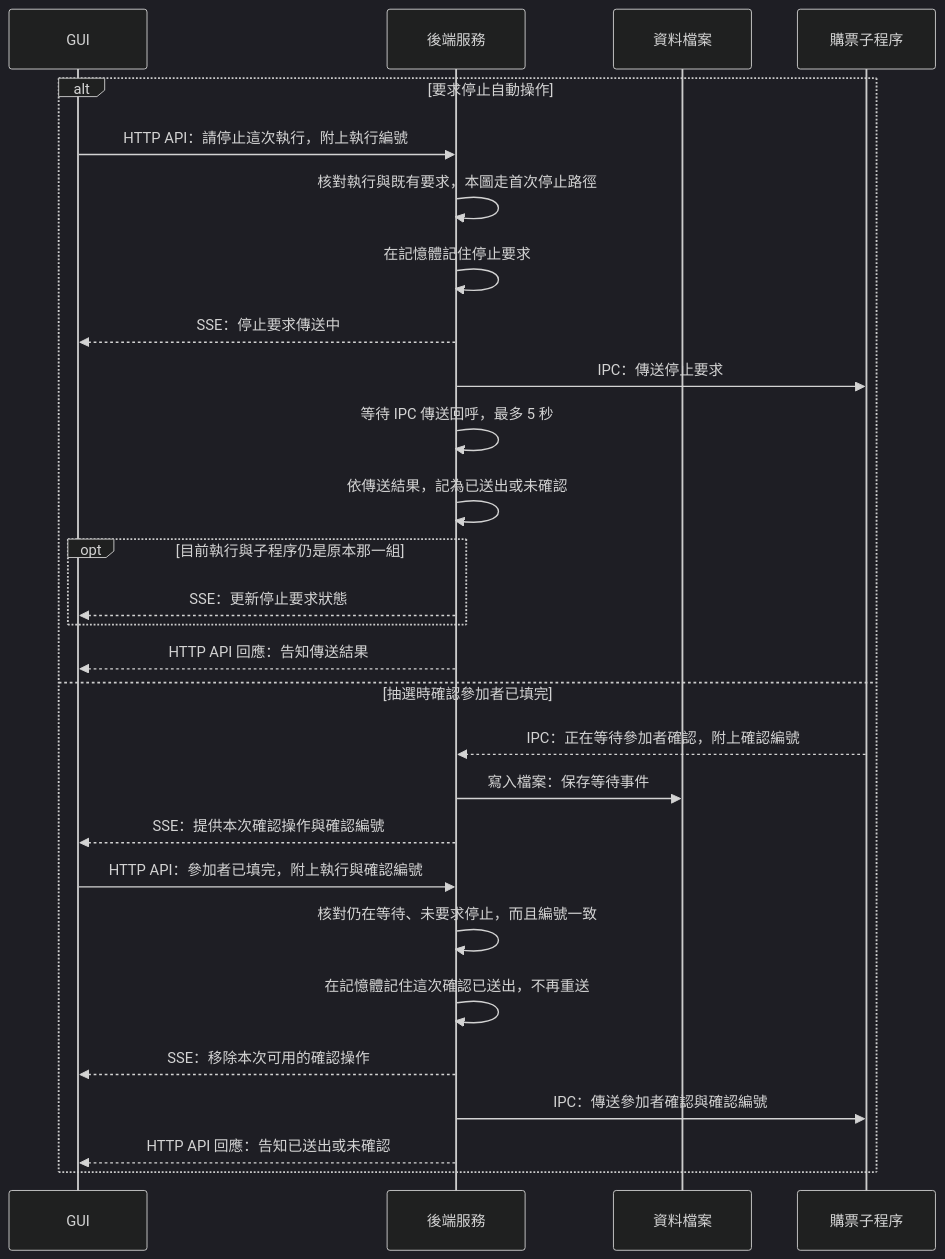
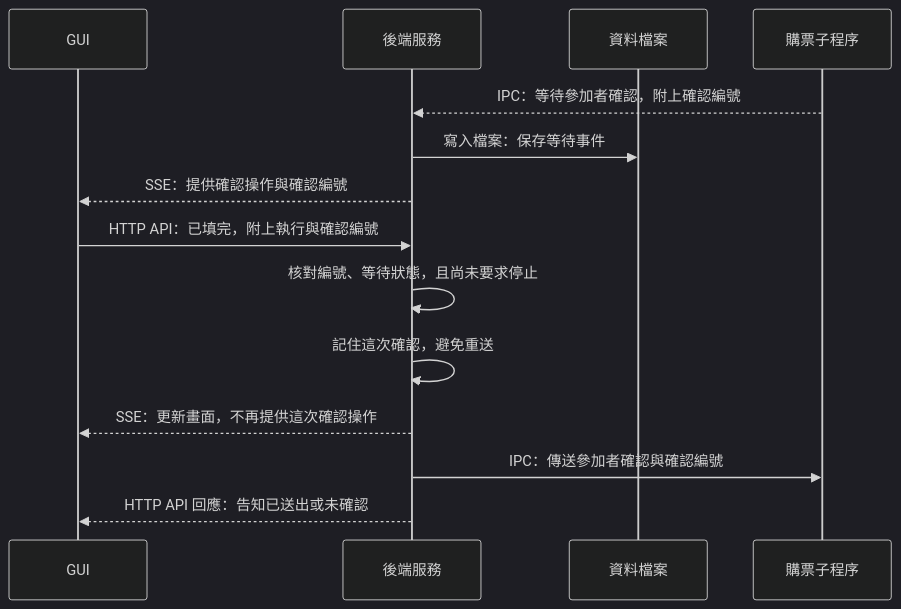
Before and after one commit to pablo0825/2026-09-ticketPilot: the second of 2 diagrams in docs/architecture/run-controls.md, drawn with Mermaid (dark theme). The commit also changed other lines of this file and 4 other files, not shown here.

Commit message:
docs(architecture): simplify explanations and split control diagrams

````diff
--- a/docs/architecture/run-controls.md
+++ b/docs/architecture/run-controls.md
@@ -7,31 +33,17 @@
 ```mermaid
 sequenceDiagram
     participant G as GUI
     participant B as 後端服務
     participant D as 資料檔案
     participant W as 購票子程序
 
-    alt 要求停止自動操作
-        G->>B: HTTP API：請停止這次執行，附上執行編號
-        B->>B: 核對執行與既有要求，本圖走首次停止路徑
-        B->>B: 在記憶體記住停止要求
-        B-->>G: SSE：停止要求傳送中
-        B->>W: IPC：傳送停止要求
-        B->>B: 等待 IPC 傳送回呼，最多 5 秒
-        B->>B: 依傳送結果，記為已送出或未確認
-        opt 目前執行與子程序仍是原本那一組
-            B-->>G: SSE：更新停止要求狀態
-        end
-        B-->>G: HTTP API 回應：告知傳送結果
-    else 抽選時確認參加者已填完
-        W-->>B: IPC：正在等待參加者確認，附上確認編號
-        B->>D: 寫入檔案：保存等待事件
-        B-->>G: SSE：提供本次確認操作與確認編號
-        G->>B: HTTP API：參加者已填完，附上執行與確認編號
-        B->>B: 核對仍在等待、未要求停止，而且編號一致
-        B->>B: 在記憶體記住這次確認已送出，不再重送
-        B-->>G: SSE：移除本次可用的確認操作
-        B->>W: IPC：傳送參加者確認與確認編號
-        B-->>G: HTTP API 回應：告知已送出或未確認
-    end
+    W-->>B: IPC：等待參加者確認，附上確認編號
+    B->>D: 寫入檔案：保存等待事件
+    B-->>G: SSE：提供確認操作與確認編號
+    G->>B: HTTP API：已填完，附上執行與確認編號
+    B->>B: 核對編號、等待狀態，且尚未要求停止
+    B->>B: 記住這次確認，避免重送
+    B-->>G: SSE：更新畫面，不再提供這次確認操作
+    B->>W: IPC：傳送參加者確認與確認編號
+    B-->>G: HTTP API 回應：告知已送出或未確認
 ```
````
